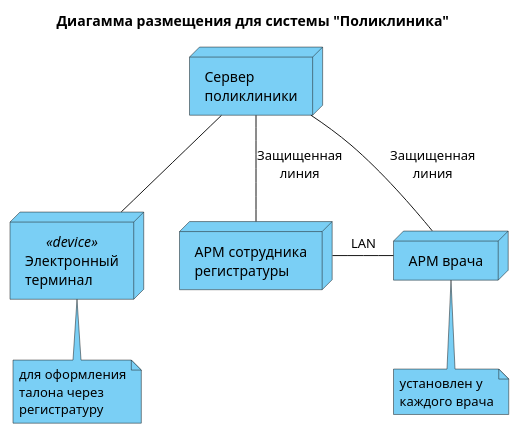
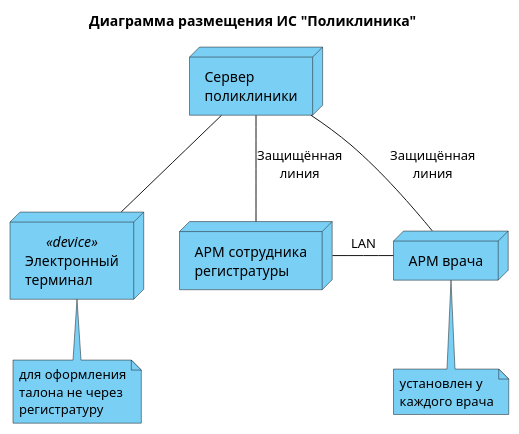
The diagram in Практикум/deployment.pu (MoKlay/doc-material), drawn with PlantUML before and after one commit. The commit also changed 14 other files, not shown here.

Commit message:
диаграмма коммуникации

```diff
--- a/Практикум/deployment.pu
+++ b/Практикум/deployment.pu
@@ -1,24 +1,24 @@
 @startuml deployment
-title Диагамма размещения для системы "Поликлиника"
+title Диаграмма размещения ИС "Поликлиника"
 
 skinparam node {
     BackgroundColor #7acff5
 }
 skinparam note {
     BackgroundColor #7acff5
 }
 
 node "Сервер\nполиклиники" as n1
 node "АРМ сотрудника\nрегистратуры" as n2
 node "АРМ врача" as n3
 node "Электронный\nтерминал" as n4 <<device>>
 
-n1 -- n2: Защищенная\nлиния
-n1 -- n3: Защищенная\nлиния
+n1 -- n2: Защищённая\nлиния
+n1 -- n3: Защищённая\nлиния
 n1 -- n4
 n2 - n3: LAN
 n4 -[hidden] n2
 
-note bottom of n4 : для оформления\nталона через\nрегистратуру
+note bottom of n4 : для оформления\nталона не через\nрегистратуру
 note bottom of n3 : установлен у\nкаждого врача 
 @enduml
```
